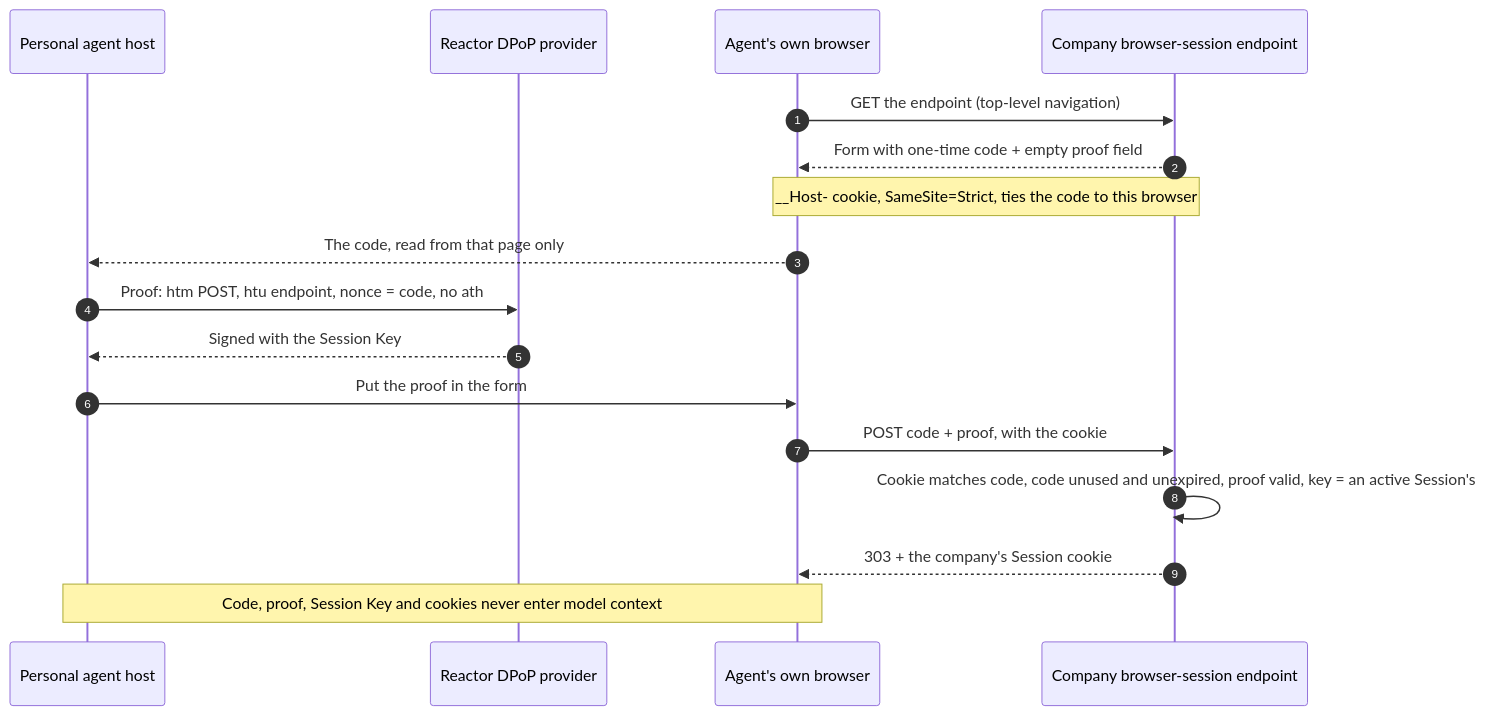
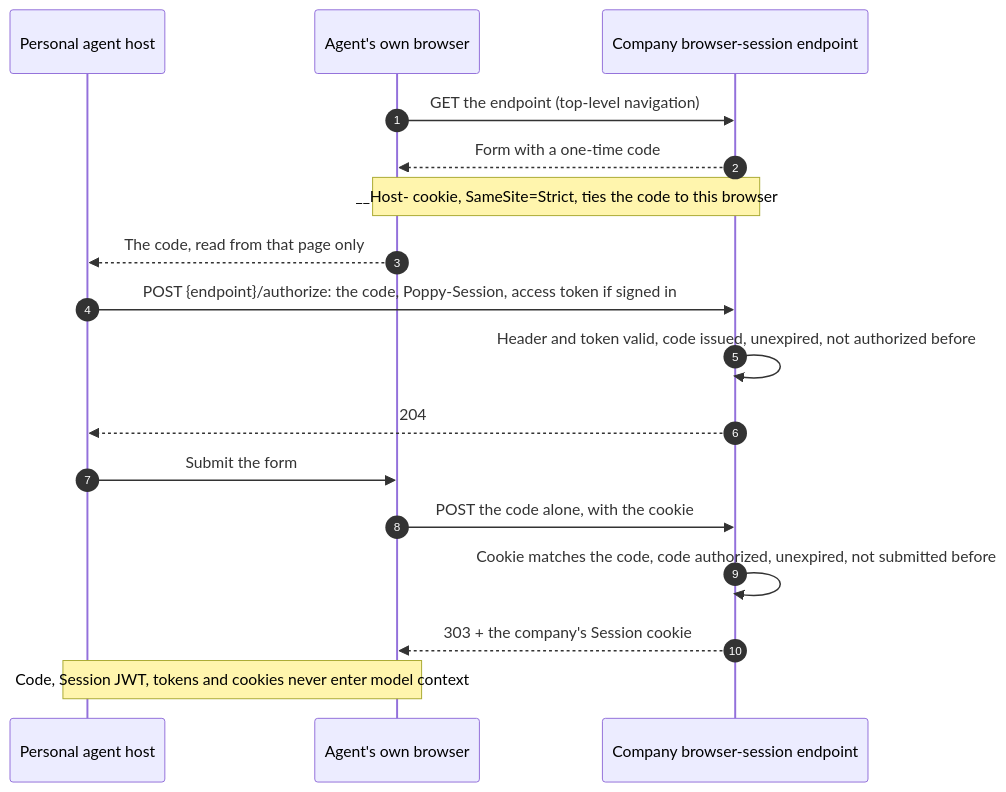
Before and after one commit to datalayer/personal-agent-protocol: the diagram in docs/docs/examples/browser-session.mdx, drawn with Mermaid. The commit also changed other lines of this file and 36 other files, not shown here.

Commit message:
Docs: the example pages and decks at draft 0.3, Sessions as a local sid, refresh tokens, the browser join by /authorize and Operations v2, with the session-jwt, session-transport and delegation decks renamed from their old names

````diff
--- a/docs/docs/examples/browser-session.mdx
+++ b/docs/docs/examples/browser-session.mdx
@@ -22,19 +23,19 @@
 ```mermaid
 sequenceDiagram
   autonumber
   participant A as Personal agent host
-  participant P as Reactor DPoP provider
   participant B as Agent's own browser
   participant C as Company browser-session endpoint
   B->>C: GET the endpoint (top-level navigation)
-  C-->>B: Form with one-time code + empty proof field
+  C-->>B: Form with a one-time code
   Note over B,C: __Host- cookie, SameSite=Strict, ties the code to this browser
   B-->>A: The code, read from that page only
-  A->>P: Proof: htm POST, htu endpoint, nonce = code, no ath
-  P-->>A: Signed with the Session Key
-  A->>B: Put the proof in the form
-  B->>C: POST code + proof, with the cookie
-  C->>C: Cookie matches code, code unused and unexpired, proof valid, key = an active Session's
+  A->>C: POST {endpoint}/authorize: the code, Poppy-Session, access token if signed in
+  C->>C: Header and token valid, code issued, unexpired, not authorized before
+  C-->>A: 204
+  A->>B: Submit the form
+  B->>C: POST the code alone, with the cookie
+  C->>C: Cookie matches the code, code authorized, unexpired, not submitted before
   C-->>B: 303 + the company's Session cookie
-  Note over A,B: Code, proof, Session Key and cookies never enter model context
+  Note over A,B: Code, Session JWT, tokens and cookies never enter model context
 ```
````
